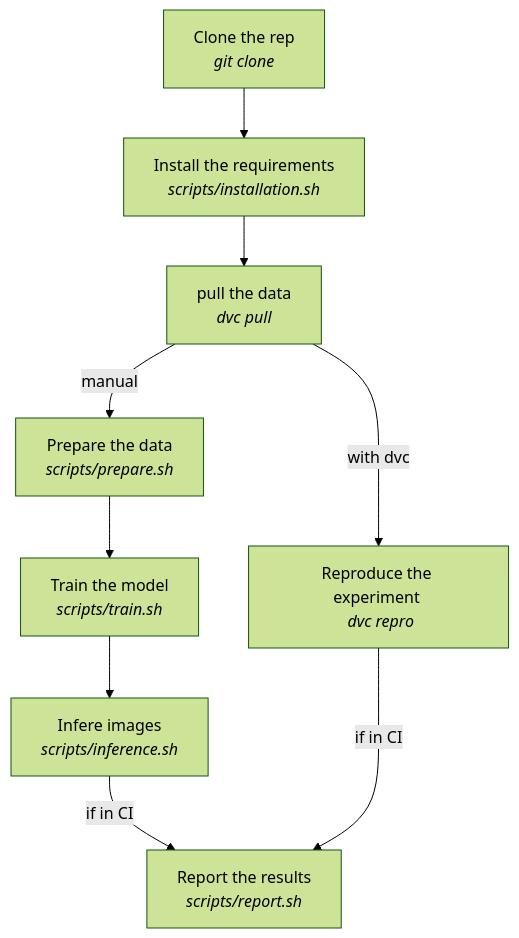
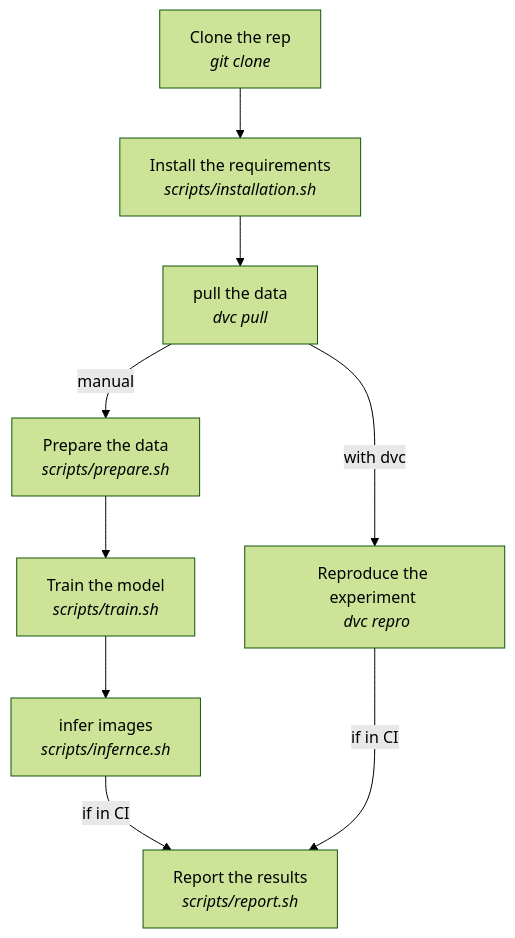
One commit to csia-pme/dreambooth-demo changed the second of 2 diagrams in README.md. Above: the diagram before and after it, drawn with Mermaid (forest theme). The commit also changed other lines of this file and 12 other files, not shown here.

````diff
--- a/README.md
+++ b/README.md
@@ -168,12 +167,12 @@
 ```mermaid
 graph TD
 B[Clone the rep\n <i>git clone</i>]
 B --> C[Install the requirements\n <i>scripts/installation.sh</i>]
 C --> D[pull the data\n <i>dvc pull</i>]
 D -- manual --> E[Prepare the data \n <i>scripts/prepare.sh</i>]
 E --> F[Train the model\n <i>scripts/train.sh</i>]
-F --> G[Infere images \n <i>scripts/inference.sh</i>]
+F --> G[infer images \n <i>scripts/infernce.sh</i>]
 G -- if in CI --> H[Report the results \n <i>scripts/report.sh</i>]
 D -- with dvc --> I[Reproduce the experiment \n <i>dvc repro</i>]
 I -- if in CI ---> H
 ```
````
